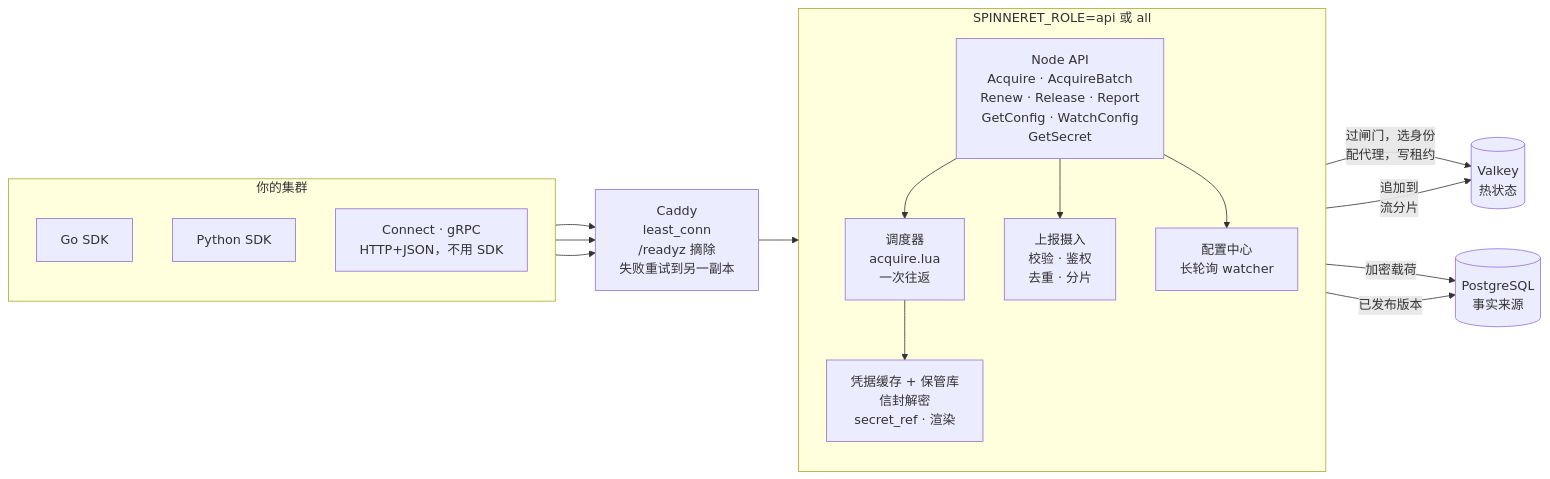
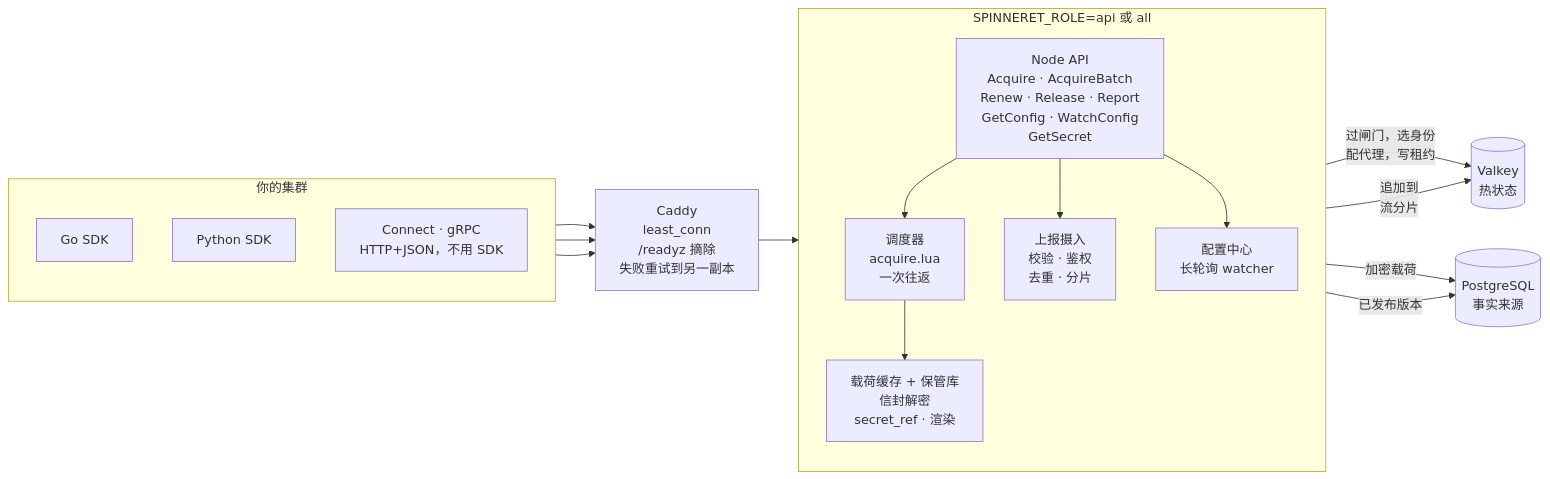
Before and after one commit to TikHub/Spinneret: the first of 12 diagrams in README.zh-CN.md, drawn with Mermaid. The commit also changed other lines of this file and 1 other file, not shown here.

````diff
--- a/README.zh-CN.md
+++ b/README.zh-CN.md
@@ -124,36 +264,36 @@
 ```mermaid
 flowchart LR
     subgraph FLEET["你的集群"]
         direction TB
         SDKGO["Go SDK"]
         SDKPY["Python SDK"]
         RAW["Connect · gRPC<br/>HTTP+JSON，不用 SDK"]
     end
 
     LB["Caddy<br/>least_conn<br/>/readyz 摘除<br/>失败重试到另一副本"]
 
     subgraph APIROLE["SPINNERET_ROLE=api 或 all"]
         direction TB
         NODEAPI["Node API<br/>Acquire · AcquireBatch<br/>Renew · Release · Report<br/>GetConfig · WatchConfig<br/>GetSecret"]
         SCHED["调度器<br/>acquire.lua<br/>一次往返"]
-        CRED["凭据缓存 + 保管库<br/>信封解密<br/>secret_ref · 渲染"]
+        CRED["载荷缓存 + 保管库<br/>信封解密<br/>secret_ref · 渲染"]
         INGEST["上报摄入<br/>校验 · 鉴权<br/>去重 · 分片"]
         CFGC["配置中心<br/>长轮询 watcher"]
     end
 
     RD[("Valkey<br/>热状态")]
     PG[("PostgreSQL<br/>事实来源")]
 
     SDKGO --> LB
     SDKPY --> LB
     RAW --> LB
     LB --> NODEAPI
     NODEAPI --> SCHED
     NODEAPI --> INGEST
     NODEAPI --> CFGC
     SCHED -->|"过闸门，选身份<br/>配代理，写租约"| RD
     SCHED --> CRED
     INGEST -->|"追加到<br/>流分片"| RD
     CRED -->|"加密载荷"| PG
     CFGC -->|"已发布版本"| PG
 ```
````
